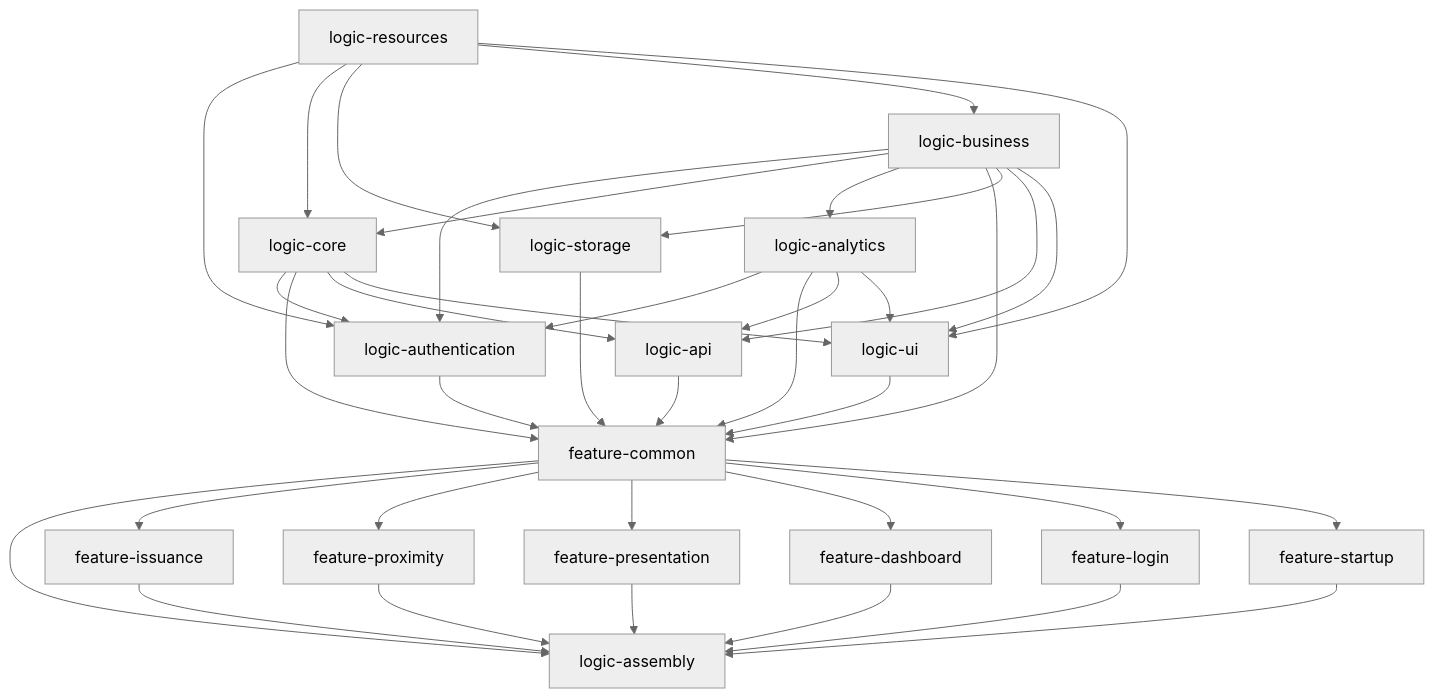
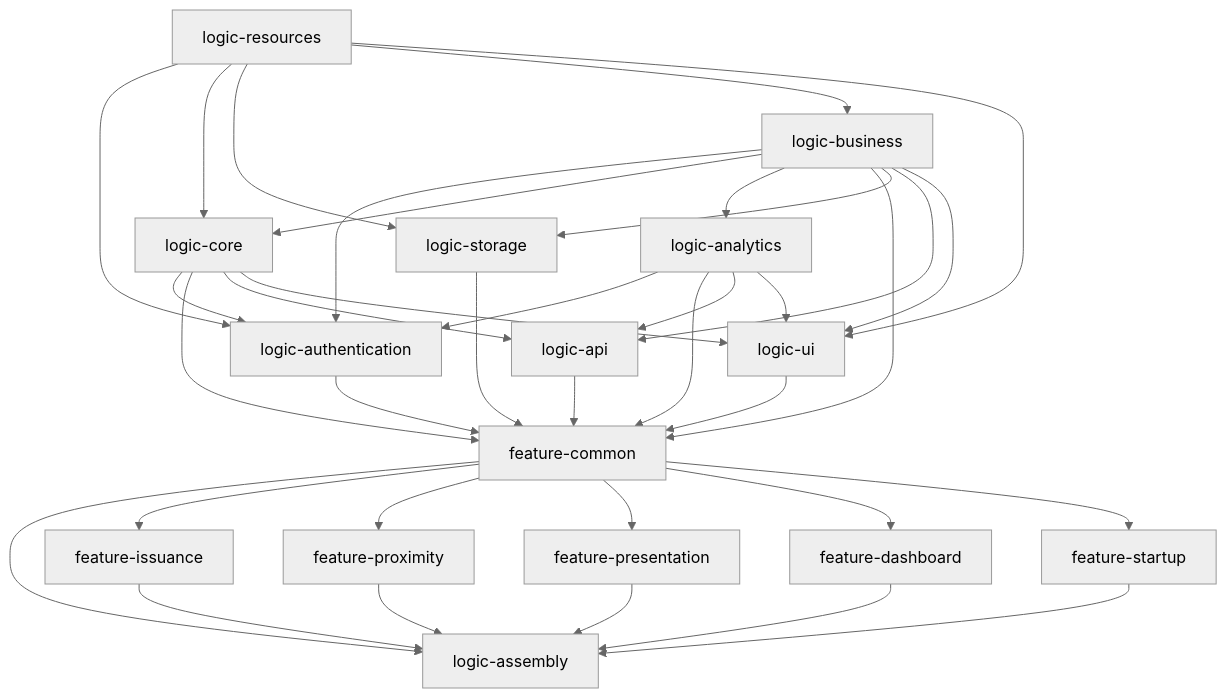
The diagram in README.md (eu-digital-identity-wallet/eudi-app-ios-wallet-ui), drawn with Mermaid (neutral theme) before and after one commit. The commit also changed other lines of this file and 38 other files, not shown here.

Commit message:
Login Feature module removed

````diff
--- a/README.md
+++ b/README.md
@@ -243,56 +241,53 @@
 ```mermaid
 graph TD;
   logic-business --> logic-authentication
   logic-core --> logic-authentication
   logic-analytics --> logic-authentication
   logic-resources --> logic-authentication
 
   feature-common --> logic-assembly
   feature-startup --> logic-assembly
-  feature-login --> logic-assembly
   feature-dashboard --> logic-assembly
   feature-presentation --> logic-assembly
   feature-issuance --> logic-assembly
   feature-proximity --> logic-assembly
 
   logic-business --> logic-core
   logic-resources --> logic-core
   logic-resources --> logic-storage
 
   logic-business --> logic-analytics
 
   feature-common --> feature-issuance
 
   feature-common --> feature-proximity
 
   feature-common --> feature-presentation
 
   feature-common --> feature-dashboard
-
-  feature-common --> feature-login
 
   logic-storage --> feature-common
   logic-core --> feature-common
   logic-business --> feature-common
   logic-analytics --> feature-common
   logic-ui --> feature-common
   logic-api --> feature-common
   logic-authentication --> feature-common
 
   feature-common --> feature-startup
 
   logic-business --> logic-storage
 
   logic-core --> logic-api
   logic-business --> logic-api
   logic-analytics --> logic-api
 
   logic-resources --> logic-business
 
   logic-business --> logic-ui
   logic-analytics --> logic-ui
   logic-resources --> logic-ui
 
   logic-core --> logic-ui
 
 ```
````
